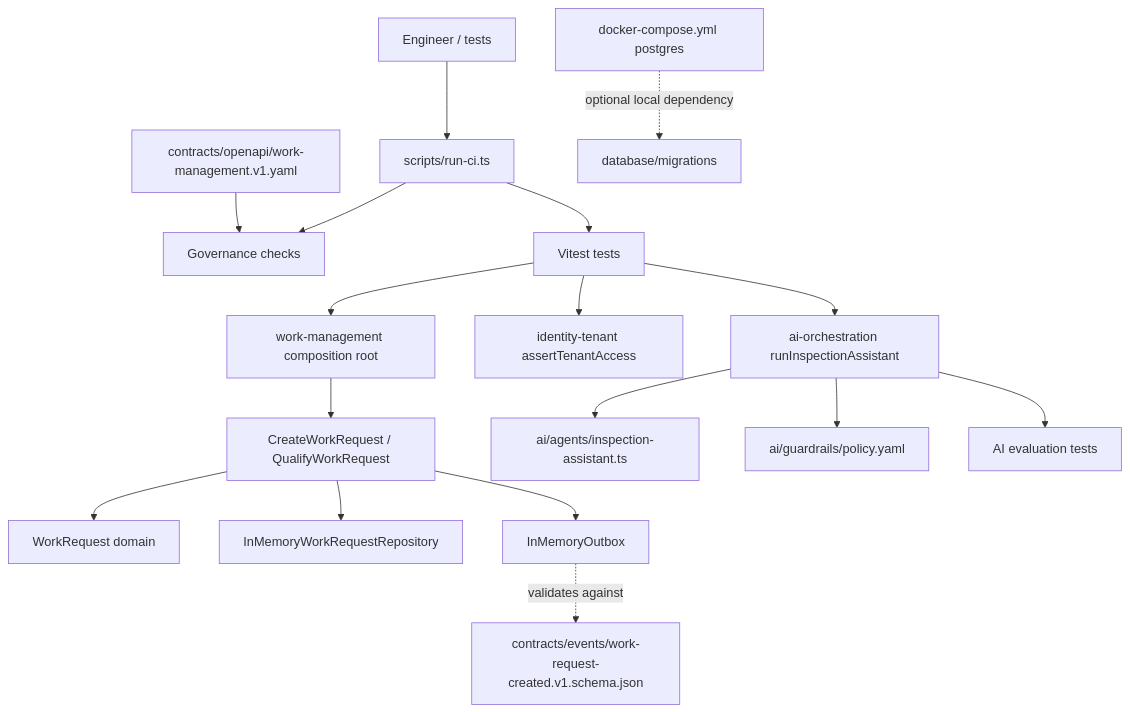
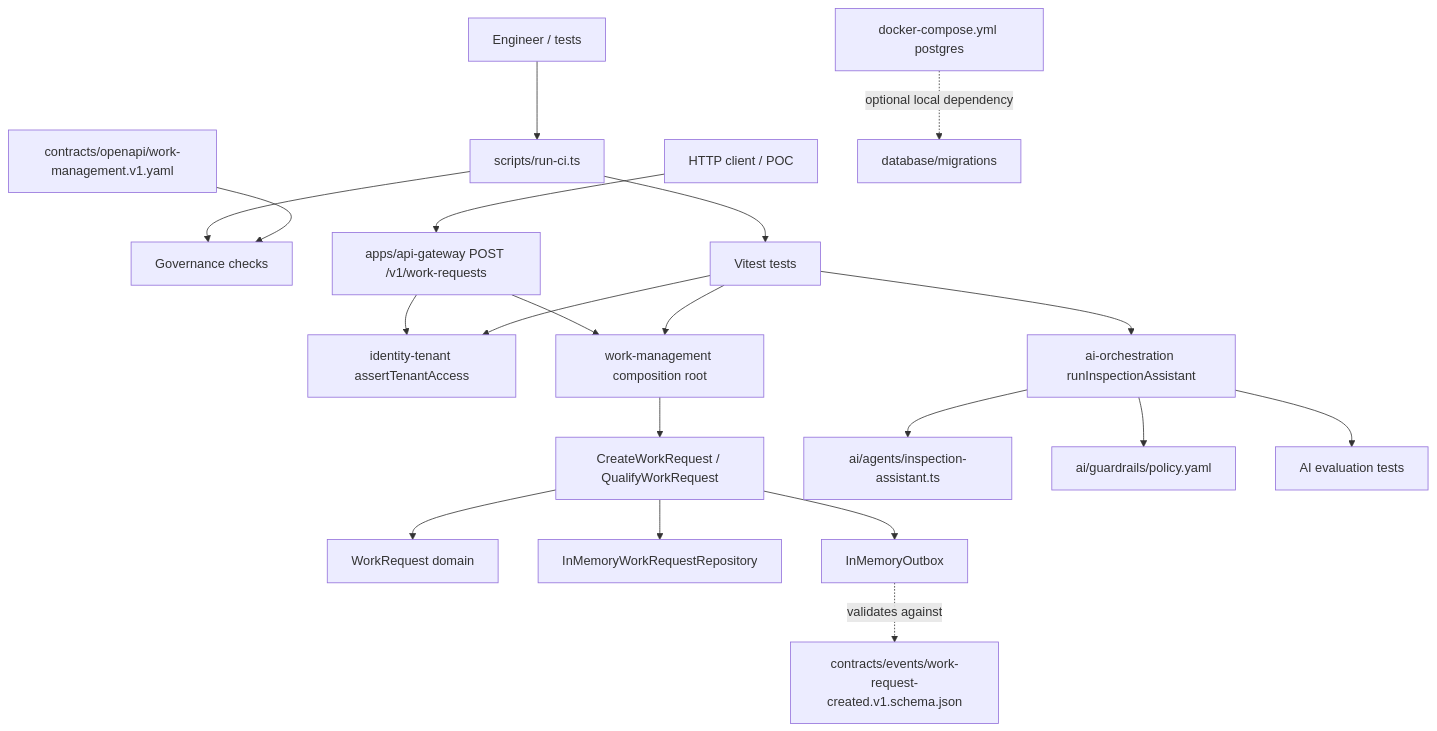
One commit to hexagone-squad/hexagone-connect changed the diagram in docs/architecture/README.md. Above: the diagram before and after it, drawn with Mermaid. The commit also changed other lines of this file and 24 other files, not shown here.

First line of the commit message:
feat: add POC HTTP adapter for work-request creation

````diff
--- a/docs/architecture/README.md
+++ b/docs/architecture/README.md
@@ -74,22 +75,25 @@
 ```mermaid
 flowchart TD
 	Dev[Engineer / tests] --> Scripts[scripts/run-ci.ts]
 	Scripts --> Checks[Governance checks]
 	Scripts --> Tests[Vitest tests]
 
-	Tests --> WMRoot[work-management composition root]
+	HttpClient[HTTP client / POC] --> Gateway[apps/api-gateway POST /v1/work-requests]
+	Gateway --> Identity[identity-tenant assertTenantAccess]
+	Gateway --> WMRoot[work-management composition root]
+	Tests --> WMRoot
 	WMRoot --> WMUseCases[CreateWorkRequest / QualifyWorkRequest]
 	WMUseCases --> WMDomain[WorkRequest domain]
 	WMUseCases --> WMRepo[InMemoryWorkRequestRepository]
 	WMUseCases --> WMOutbox[InMemoryOutbox]
 	WMOutbox -. validates against .-> EventSchema[contracts/events/work-request-created.v1.schema.json]
 
-	Tests --> Identity[identity-tenant assertTenantAccess]
+	Tests --> Identity
 	Tests --> AI[ai-orchestration runInspectionAssistant]
 	AI --> AITypes[ai/agents/inspection-assistant.ts]
 	AI --> Guardrails[ai/guardrails/policy.yaml]
 	AI --> AIEvals[AI evaluation tests]
 
 	Contracts[contracts/openapi/work-management.v1.yaml] --> Checks
 	Docker[docker-compose.yml postgres] -. optional local dependency .-> Database[database/migrations]
 ```
````
